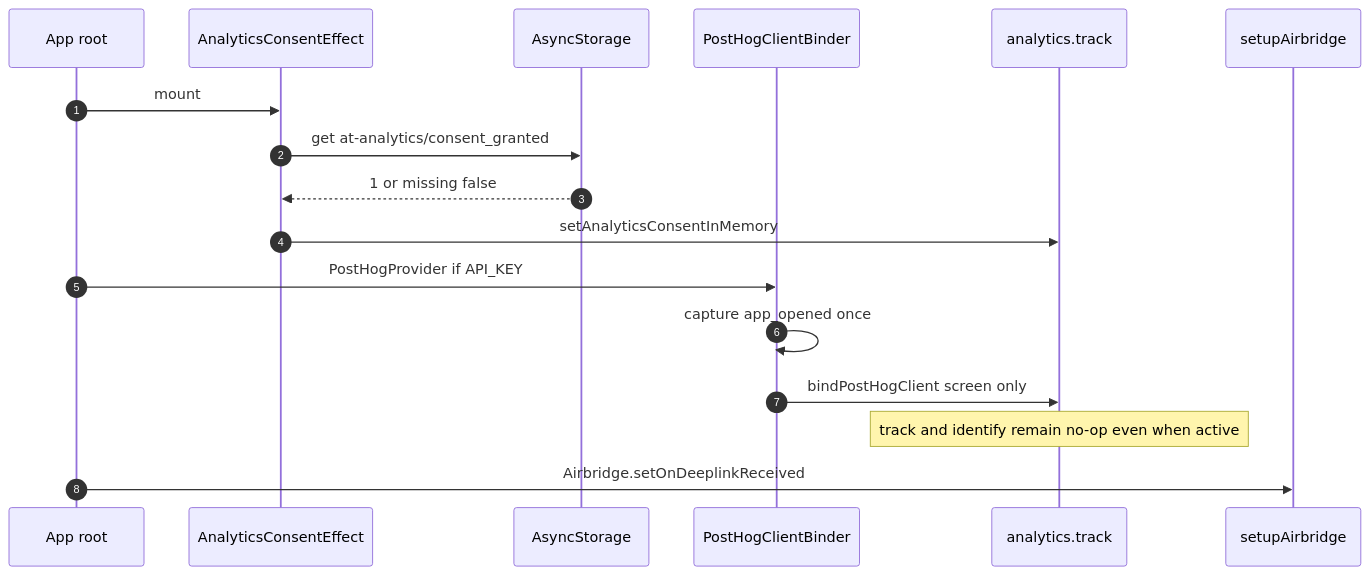
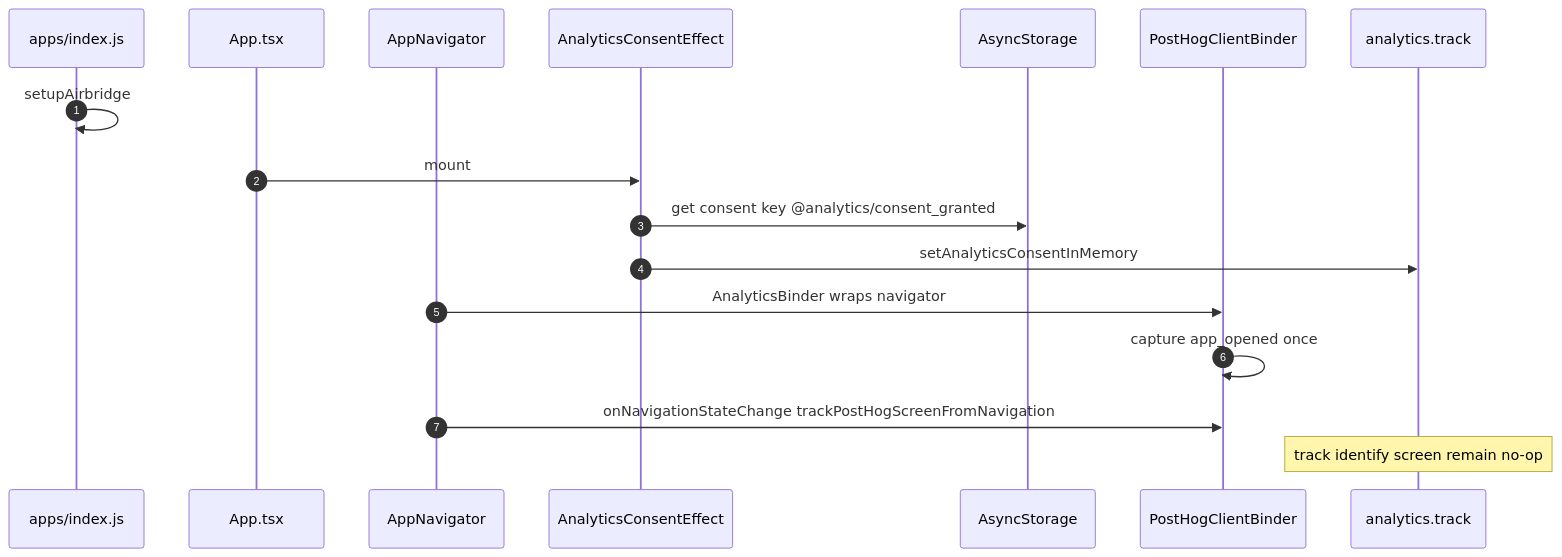
The diagram in systems/mobile-analytics-airbridge.mdx (HarryNguyenTimoto/timoto_space), drawn with Mermaid before and after one commit. The commit also changed other lines of this file and 1 other file, not shown here.

````diff
--- a/systems/mobile-analytics-airbridge.mdx
+++ b/systems/mobile-analytics-airbridge.mdx
@@ -19,20 +22,20 @@
 ```mermaid
 sequenceDiagram
   autonumber
-  participant App as App root
+  participant Index as apps/index.js
+  participant App as App.tsx
+  participant Nav as AppNavigator
   participant Consent as AnalyticsConsentEffect
   participant AS as AsyncStorage
   participant Binder as PostHogClientBinder
   participant Facade as analytics.track
-  participant AB as setupAirbridge
 
+  Index->>Index: setupAirbridge
   App->>Consent: mount
-  Consent->>AS: get at-analytics/consent_granted
-  AS-->>Consent: 1 or missing false
+  Consent->>AS: get consent key @analytics/consent_granted
   Consent->>Facade: setAnalyticsConsentInMemory
-  App->>Binder: PostHogProvider if API_KEY
+  Nav->>Binder: AnalyticsBinder wraps navigator
   Binder->>Binder: capture app_opened once
-  Binder->>Facade: bindPostHogClient screen only
-  Note over Facade: track and identify remain no-op even when active
-  App->>AB: Airbridge.setOnDeeplinkReceived
+  Nav->>Binder: onNavigationStateChange trackPostHogScreenFromNavigation
+  Note over Facade: track identify screen remain no-op
 ```
````
